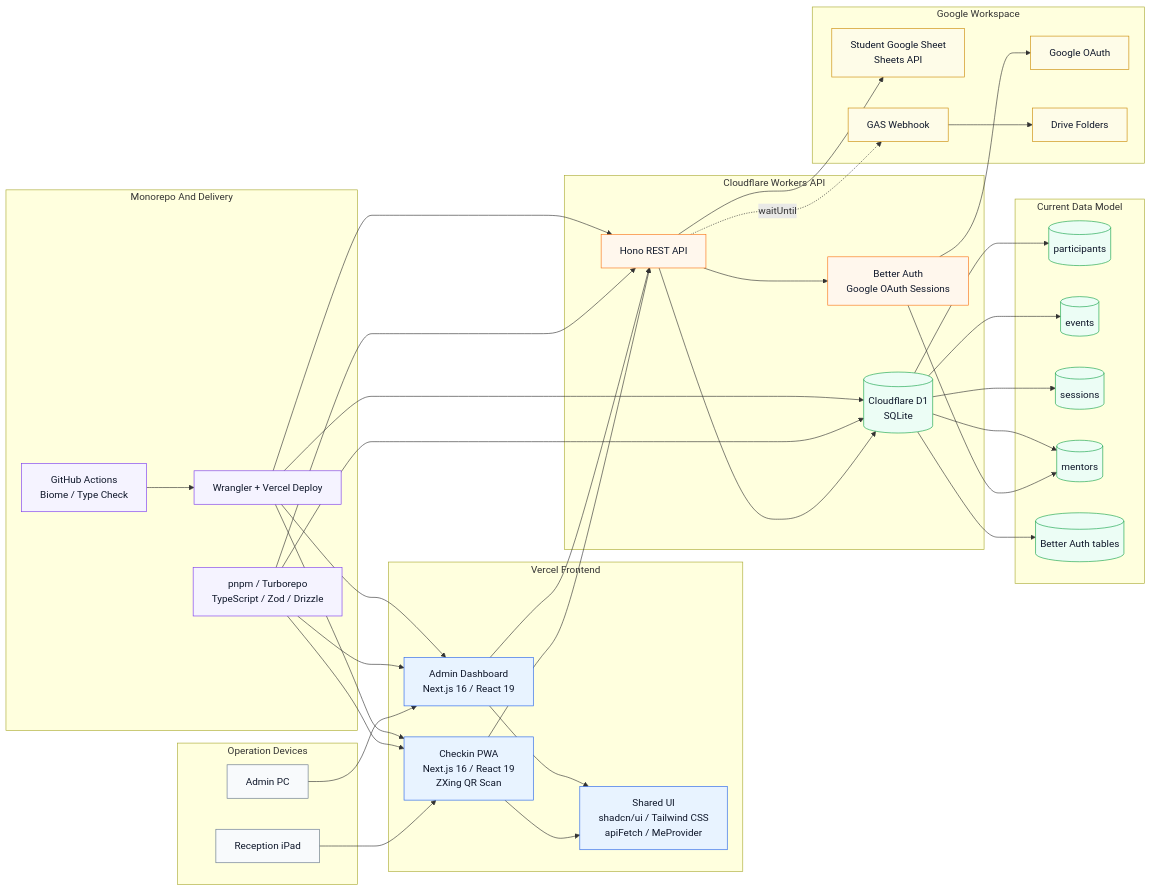
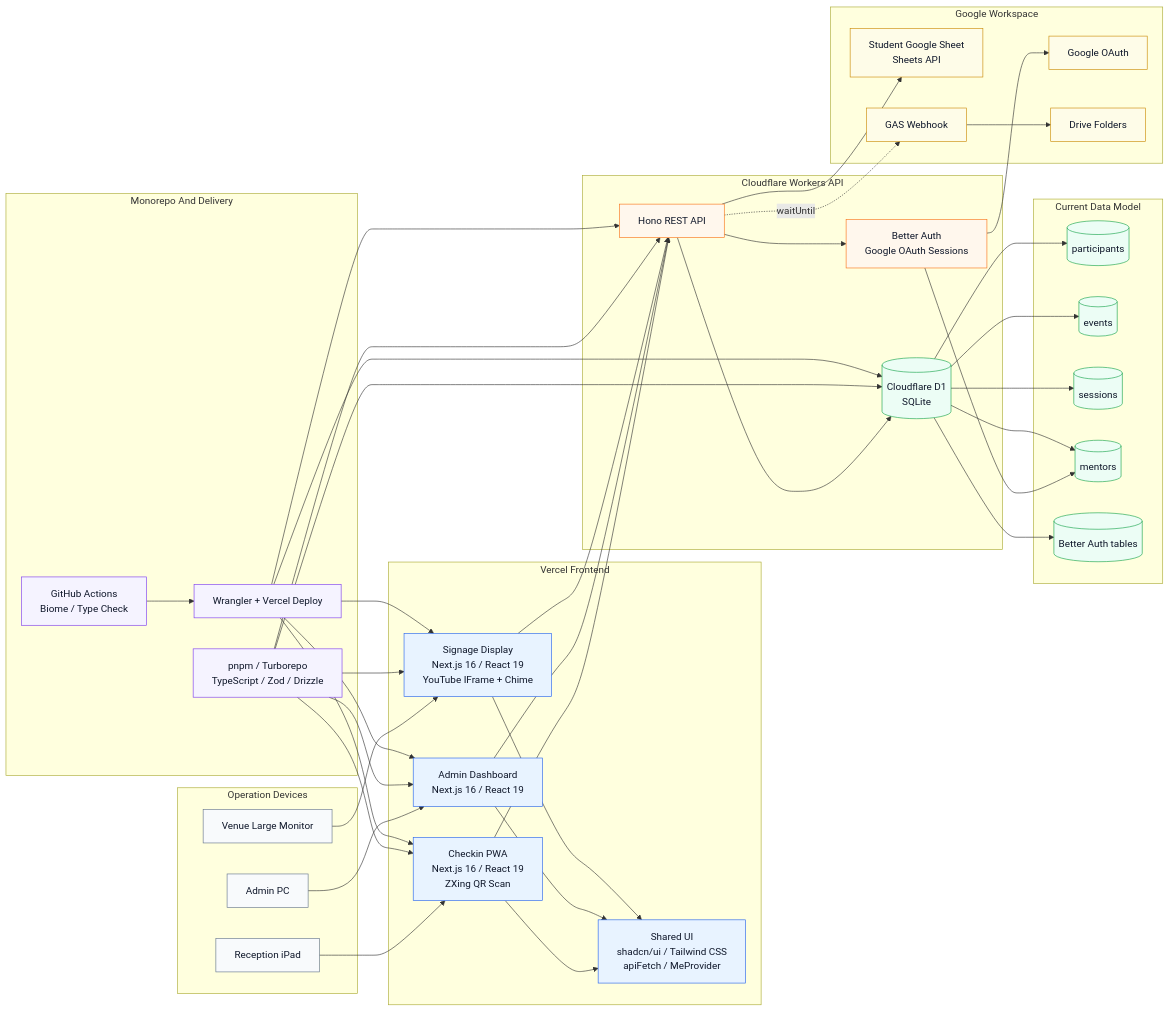
The first of 2 diagrams in docs/architecture.md (ut42tech/tecnova-platform), drawn with Mermaid before and after one commit. The commit also changed other lines of this file and 2 other files, not shown here.

Commit message:
docs(signage): add app CLAUDE.md/AGENTS.md and architecture entry

```diff
--- a/docs/architecture.md
+++ b/docs/architecture.md
@@ -30,11 +30,13 @@
   subgraph devices["Operation Devices"]
     ipad["Reception iPad"]
     pc["Admin PC"]
+    monitor["Venue Large Monitor"]
   end
 
   subgraph frontend["Vercel Frontend"]
     checkin["Checkin PWA<br/>Next.js 16 / React 19<br/>ZXing QR Scan"]
     admin["Admin Dashboard<br/>Next.js 16 / React 19"]
+    signage["Signage Display<br/>Next.js 16 / React 19<br/>YouTube IFrame + Chime"]
     ui["Shared UI<br/>shadcn/ui / Tailwind CSS<br/>apiFetch / MeProvider"]
   end
 
@@ -67,10 +69,13 @@
 
   ipad --> checkin
   pc --> admin
+  monitor --> signage
   checkin --> ui
   admin --> ui
+  signage --> ui
   checkin --> hono
   admin --> hono
+  signage --> hono
 
   hono --> betterAuth
   betterAuth --> oauth
@@ -88,11 +93,13 @@
 
   workspace --> checkin
   workspace --> admin
+  workspace --> signage
   workspace --> hono
   workspace --> d1
   ci --> deploy
   deploy --> checkin
   deploy --> admin
+  deploy --> signage
   deploy --> hono
   deploy --> d1
 
@@ -103,8 +110,8 @@
   classDef external fill:#fefce8,stroke:#ca8a04,color:#0f172a;
   classDef ops fill:#f5f3ff,stroke:#7c3aed,color:#0f172a;
 
-  class ipad,pc device;
-  class checkin,admin,ui frontend;
+  class ipad,pc,monitor device;
+  class checkin,admin,signage,ui frontend;
   class hono,betterAuth backend;
   class d1,participants,events,sessions,mentors,authTables db;
   class oauth,sheets,gas,drive external;
```
